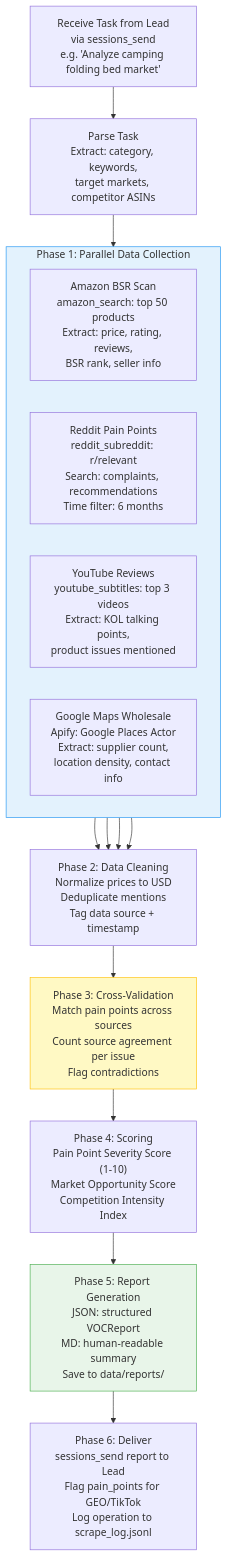
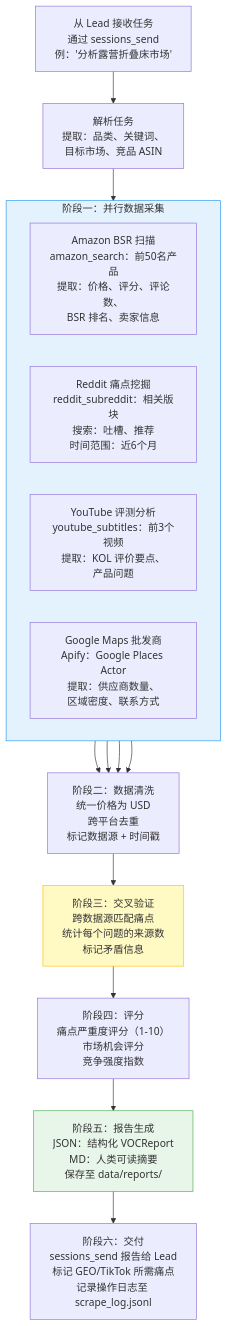
One commit to chan-kinghin/e-commerce-claw changed the first of 4 diagrams in plans/PLAN-voc-analyst.md. Above: the diagram before and after it, drawn with Mermaid. The commit also changed other lines of this file and 55 other files, not shown here.

````diff
--- a/plans/PLAN-voc-analyst.md
+++ b/plans/PLAN-voc-analyst.md
@@ -176,31 +174,31 @@
 ```mermaid
 graph TD
-    START["Receive Task from Lead<br/>via sessions_send<br/>e.g. 'Analyze camping folding bed market'"] --> PARSE["Parse Task<br/>Extract: category, keywords,<br/>target markets, competitor ASINs"]
+    START["从 Lead 接收任务<br/>通过 sessions_send<br/>例：'分析露营折叠床市场'"] --> PARSE["解析任务<br/>提取：品类、关键词、<br/>目标市场、竞品 ASIN"]
 
     PARSE --> PARALLEL_1
 
-    subgraph PARALLEL_1["Phase 1: Parallel Data Collection"]
+    subgraph PARALLEL_1["阶段一：并行数据采集"]
         direction LR
-        AMAZON["Amazon BSR Scan<br/>amazon_search: top 50 products<br/>Extract: price, rating, reviews,<br/>BSR rank, seller info"]
-        REDDIT["Reddit Pain Points<br/>reddit_subreddit: r/relevant<br/>Search: complaints, recommendations<br/>Time filter: 6 months"]
-        YOUTUBE["YouTube Reviews<br/>youtube_subtitles: top 3 videos<br/>Extract: KOL talking points,<br/>product issues mentioned"]
-        GMAPS["Google Maps Wholesale<br/>Apify: Google Places Actor<br/>Extract: supplier count,<br/>location density, contact info"]
+        AMAZON["Amazon BSR 扫描<br/>amazon_search：前50名产品<br/>提取：价格、评分、评论数、<br/>BSR 排名、卖家信息"]
+        REDDIT["Reddit 痛点挖掘<br/>reddit_subreddit：相关版块<br/>搜索：吐槽、推荐<br/>时间范围：近6个月"]
+        YOUTUBE["YouTube 评测分析<br/>youtube_subtitles：前3个视频<br/>提取：KOL 评价要点、<br/>产品问题"]
+        GMAPS["Google Maps 批发商<br/>Apify：Google Places Actor<br/>提取：供应商数量、<br/>区域密度、联系方式"]
     end
 
-    AMAZON --> CLEAN["Phase 2: Data Cleaning<br/>Normalize prices to USD<br/>Deduplicate mentions<br/>Tag data source + timestamp"]
+    AMAZON --> CLEAN["阶段二：数据清洗<br/>统一价格为 USD<br/>跨平台去重<br/>标记数据源 + 时间戳"]
     REDDIT --> CLEAN
     YOUTUBE --> CLEAN
     GMAPS --> CLEAN
 
-    CLEAN --> VALIDATE["Phase 3: Cross-Validation<br/>Match pain points across sources<br/>Count source agreement per issue<br/>Flag contradictions"]
+    CLEAN --> VALIDATE["阶段三：交叉验证<br/>跨数据源匹配痛点<br/>统计每个问题的来源数<br/>标记矛盾信息"]
 
-    VALIDATE --> SCORE["Phase 4: Scoring<br/>Pain Point Severity Score (1-10)<br/>Market Opportunity Score<br/>Competition Intensity Index"]
+    VALIDATE --> SCORE["阶段四：评分<br/>痛点严重度评分（1-10）<br/>市场机会评分<br/>竞争强度指数"]
 
-    SCORE --> REPORT["Phase 5: Report Generation<br/>JSON: structured VOCReport<br/>MD: human-readable summary<br/>Save to data/reports/"]
+    SCORE --> REPORT["阶段五：报告生成<br/>JSON：结构化 VOCReport<br/>MD：人类可读摘要<br/>保存至 data/reports/"]
 
-    REPORT --> SEND["Phase 6: Deliver<br/>sessions_send report to Lead<br/>Flag pain_points for GEO/TikTok<br/>Log operation to scrape_log.jsonl"]
+    REPORT --> SEND["阶段六：交付<br/>sessions_send 报告给 Lead<br/>标记 GEO/TikTok 所需痛点<br/>记录操作日志至 scrape_log.jsonl"]
 
     style PARALLEL_1 fill:#E3F2FD,stroke:#2196F3
     style VALIDATE fill:#FFF9C4,stroke:#FFC107
     style REPORT fill:#E8F5E9,stroke:#4CAF50
 ```
````
